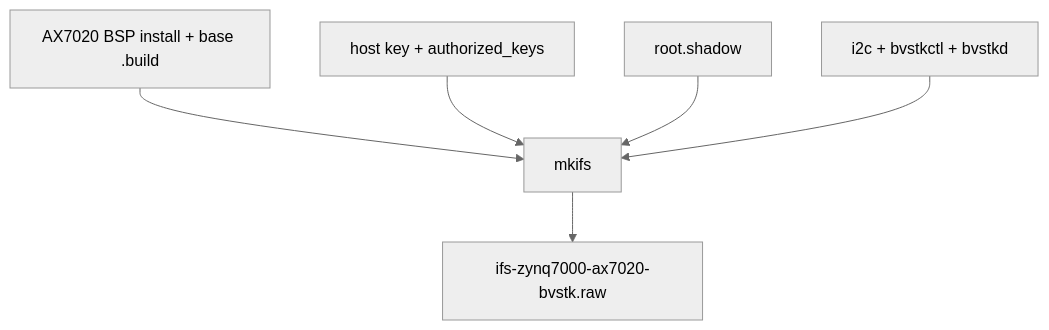
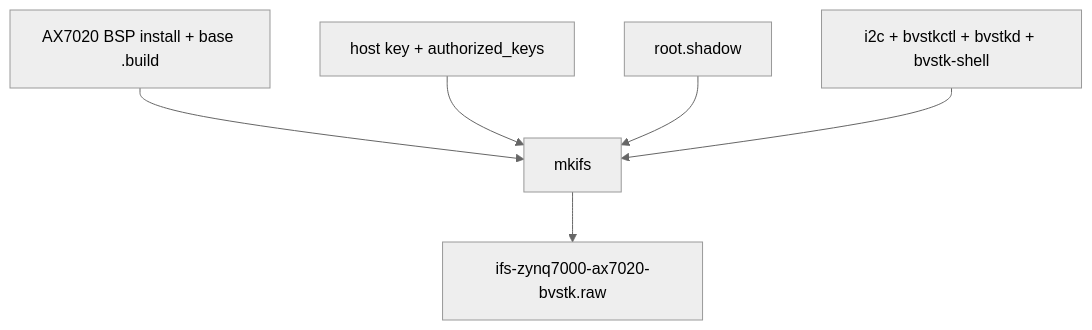
Before and after one commit to igtrefilov/bvstk: the diagram in scripts/neutrino/README.md, drawn with Mermaid (neutral theme). The commit also changed other lines of this file and 21 other files, not shown here.

````diff
--- a/scripts/neutrino/README.md
+++ b/scripts/neutrino/README.md
@@ -50,15 +56,15 @@
 ```mermaid
 flowchart TD
     BSP[AX7020 BSP install + base .build]
     Keys[host key + authorized_keys]
     Shadow[root.shadow]
-    Apps[i2c + bvstkctl + bvstkd]
+    Apps[i2c + bvstkctl + bvstkd + bvstk-shell]
     Mkifs[mkifs]
     IFS[ifs-zynq7000-ax7020-bvstk.raw]
 
     BSP --> Mkifs
     Keys --> Mkifs
     Shadow --> Mkifs
     Apps --> Mkifs
     Mkifs --> IFS
 ```
````
